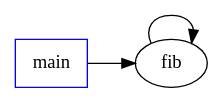
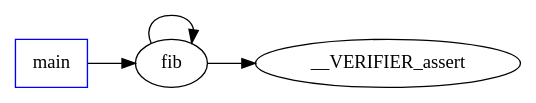
One commit to cedricrupb/NeuralAlgorithmSelection changed the diagram in serving/output/functionCalls.dot. Above: the diagram before and after it, drawn with Graphviz. The commit also changed 140 other files, not shown here.

```diff
--- a/serving/output/functionCalls.dot
+++ b/serving/output/functionCalls.dot
@@ -1,7 +1,8 @@
 digraph functioncalls {
 rankdir=LR;
 
 main [shape="box", color=blue];
+fib -> __VERIFIER_assert;
 fib -> fib;
 main -> fib;
 }
```
